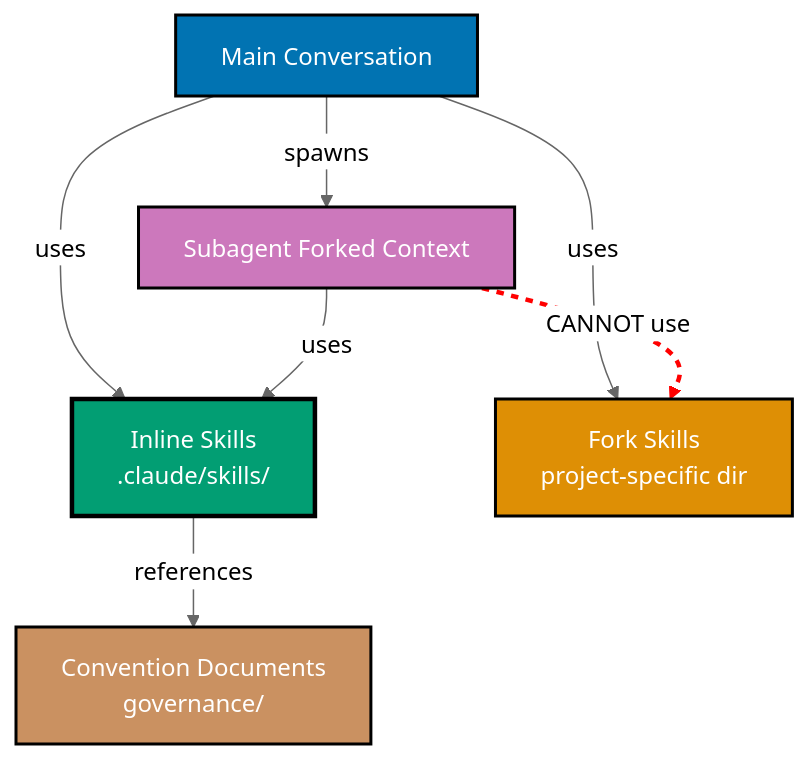
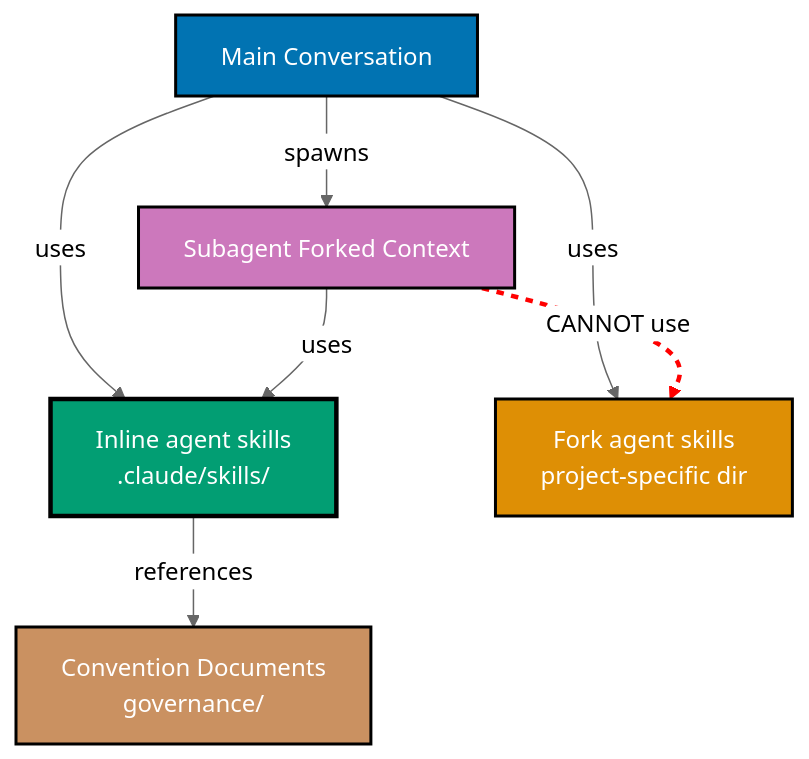
The diagram in governance/development/agents/skill-context-architecture.md (wahidyankf/ose-public), drawn with Mermaid (neutral theme) before and after one commit. The commit also changed other lines of this file and 8 other files, not shown here.

First line of the commit message:
refactor(governance): replace branded Skills with lowercase agent skills

````diff
--- a/governance/development/agents/skill-context-architecture.md
+++ b/governance/development/agents/skill-context-architecture.md
@@ -229,17 +229,17 @@
 ```mermaid
 graph TD
     MC[Main Conversation] -->|spawns| SA[Subagent Forked Context]
-    MC -->|uses| IS[Inline Skills<br/>.claude/skills/]
-    MC -->|uses| FS[Fork Skills<br/>project-specific dir]
+    MC -->|uses| IS[Inline agent skills<br/>.claude/skills/]
+    MC -->|uses| FS[Fork agent skills<br/>project-specific dir]
     SA -->|uses| IS
     SA -->|CANNOT use| FS
     IS -->|references| CONV[Convention Documents<br/>governance/]
 
     style MC fill:#0173B2,stroke:#000000,color:#FFFFFF,stroke-width:2px
     style SA fill:#CC78BC,stroke:#000000,color:#FFFFFF,stroke-width:2px
     style IS fill:#029E73,stroke:#000000,color:#FFFFFF,stroke-width:3px
     style FS fill:#DE8F05,stroke:#000000,color:#FFFFFF,stroke-width:2px
     style CONV fill:#CA9161,stroke:#000000,color:#FFFFFF,stroke-width:2px
 
     linkStyle 4 stroke:#FF0000,stroke-width:3px,stroke-dasharray:5
 ```
````
